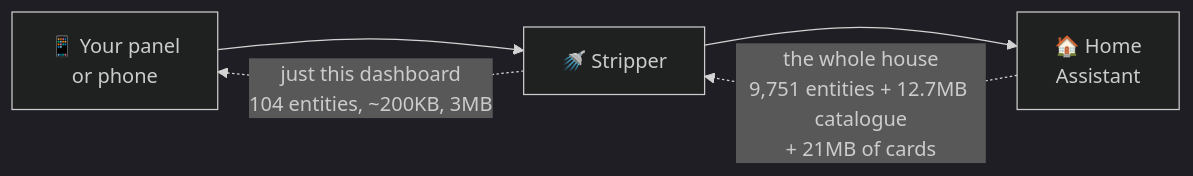
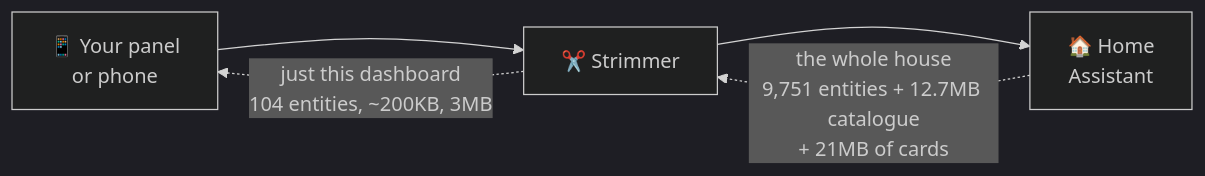
Before and after one commit to davidcoulson/HA-Strimmer: the diagram in README.md, drawn with Mermaid (dark theme). The commit also changed other lines of this file and 61 other files, not shown here.

````diff
--- a/README.md
+++ b/README.md
@@ -177,7 +177,7 @@
 ```mermaid
 flowchart LR
-    B["📱 Your panel<br/>or phone"] --> S["🚿 Stripper"]
+    B["📱 Your panel<br/>or phone"] --> S["✂️ Strimmer"]
     S --> H["🏠 Home<br/>Assistant"]
     H -. "the whole house<br/>9,751 entities + 12.7MB catalogue<br/>+ 21MB of cards" .-> S
     S -. "just this dashboard<br/>104 entities, ~200KB, 3MB" .-> B
 ```
````
